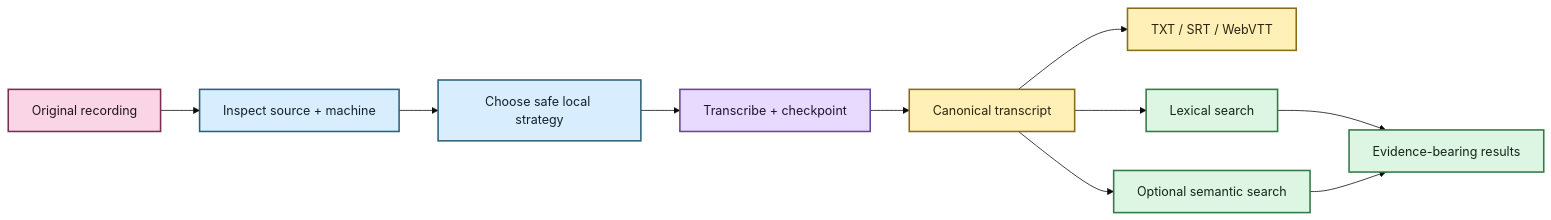
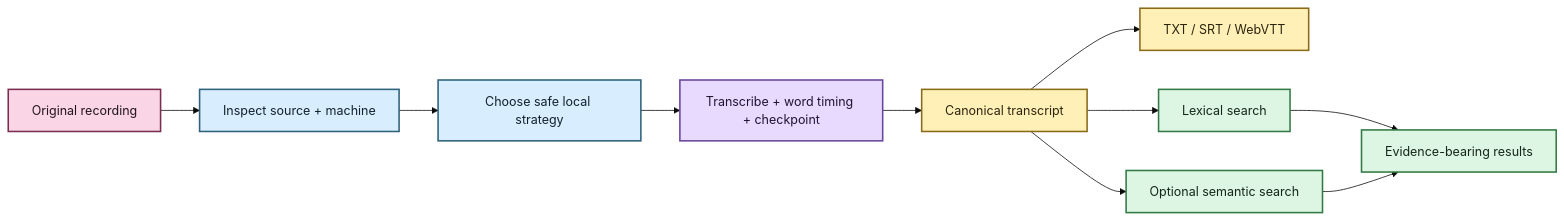
The diagram in README.md (SSD1805/EchoFlow), drawn with Mermaid (base theme) before and after one commit. The commit also changed other lines of this file, not shown here.

Commit message:
docs: surface word timing in product overview

````diff
--- a/README.md
+++ b/README.md
@@ -54,24 +55,24 @@
 ```mermaid
 flowchart LR
     A[Original recording] --> B[Inspect source + machine]
     B --> C[Choose safe local strategy]
-    C --> D[Transcribe + checkpoint]
+    C --> D[Transcribe + word timing + checkpoint]
     D --> E[Canonical transcript]
     E --> F[TXT / SRT / WebVTT]
     E --> G[Lexical search]
     E --> H[Optional semantic search]
     G --> I[Evidence-bearing results]
     H --> I
 
     classDef evidence fill:#F9D5E5,stroke:#7B2E52,stroke-width:2px,color:#22151B
     classDef compute fill:#D8EEFF,stroke:#2E617B,stroke-width:2px,color:#12222A
     classDef process fill:#E8D9FF,stroke:#68469B,stroke-width:2px,color:#1F1630
     classDef publish fill:#FFF0B8,stroke:#8A6B18,stroke-width:2px,color:#2C260F
     classDef result fill:#DDF5E3,stroke:#347A46,stroke-width:2px,color:#142719
 
     class A evidence
     class B,C compute
     class D process
     class E,F publish
     class G,H,I result
 ```
````
